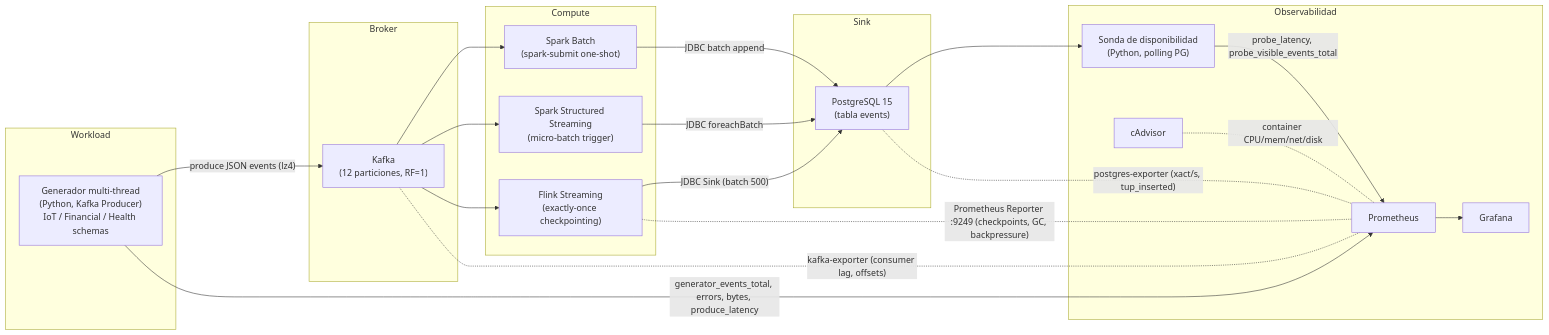
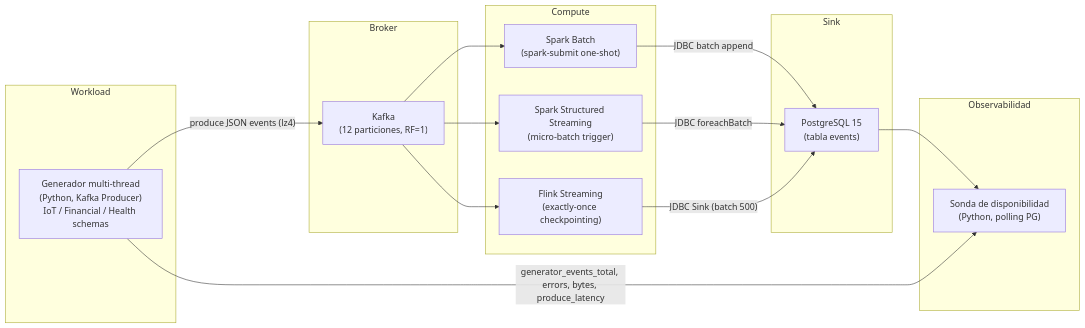
One commit to JohanCifuentes03/data-ingestion-strategies changed the first of 5 diagrams in docs/architecture.md. Above: the diagram before and after it, drawn with Mermaid. The commit also changed other lines of this file and 21 other files, not shown here.

````diff
--- a/docs/architecture.md
+++ b/docs/architecture.md
@@ -22,45 +22,37 @@
 ```mermaid
 flowchart LR
     subgraph Workload
         GEN["Generador multi-thread<br/>(Python, Kafka Producer)<br/>IoT / Financial / Health schemas"]
     end
 
     subgraph Broker
         K["Kafka<br/>(12 particiones, RF=1)"]
     end
 
     subgraph Compute
         SB["Spark Batch<br/>(spark-submit one-shot)"]
         SM["Spark Structured Streaming<br/>(micro-batch trigger)"]
         FL["Flink Streaming<br/>(exactly-once checkpointing)"]
     end
 
     subgraph Sink
         PG["PostgreSQL 15<br/>(tabla events)"]
     end
 
     subgraph Observabilidad
         PROBE["Sonda de disponibilidad<br/>(Python, polling PG)"]
-        PROM["Prometheus"]
-        GRAF["Grafana"]
-        CAD["cAdvisor"]
+        PROBE["Sonda de disponibilidad<br/>(Python, polling PG)"]
     end
 
     GEN -->|"produce JSON events (lz4)"| K
     K --> SB
     K --> SM
     K --> FL
 
     SB -->|"JDBC batch append"| PG
     SM -->|"JDBC foreachBatch"| PG
     FL -->|"JDBC Sink (batch 500)"| PG
 
     PG --> PROBE
-    PROBE -->|"probe_latency, probe_visible_events_total"| PROM
-    GEN -->|"generator_events_total, errors, bytes, produce_latency"| PROM
-    K -.-|"kafka-exporter (consumer lag, offsets)"| PROM
-    PG -.-|"postgres-exporter (xact/s, tup_inserted)"| PROM
-    FL -.-|"Prometheus Reporter :9249 (checkpoints, GC, backpressure)"| PROM
-    CAD -.-|"container CPU/mem/net/disk"| PROM
-    PROM --> GRAF
+    GEN -->|"generator_events_total, errors, bytes, produce_latency"| PROBE
 ```
````
